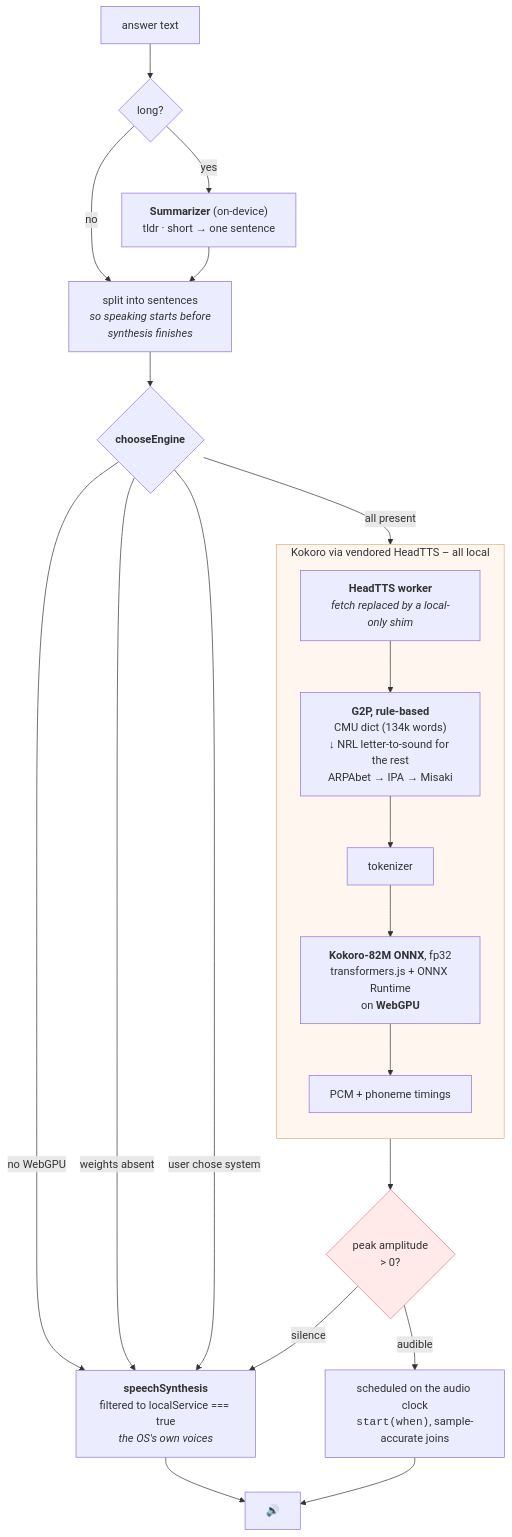
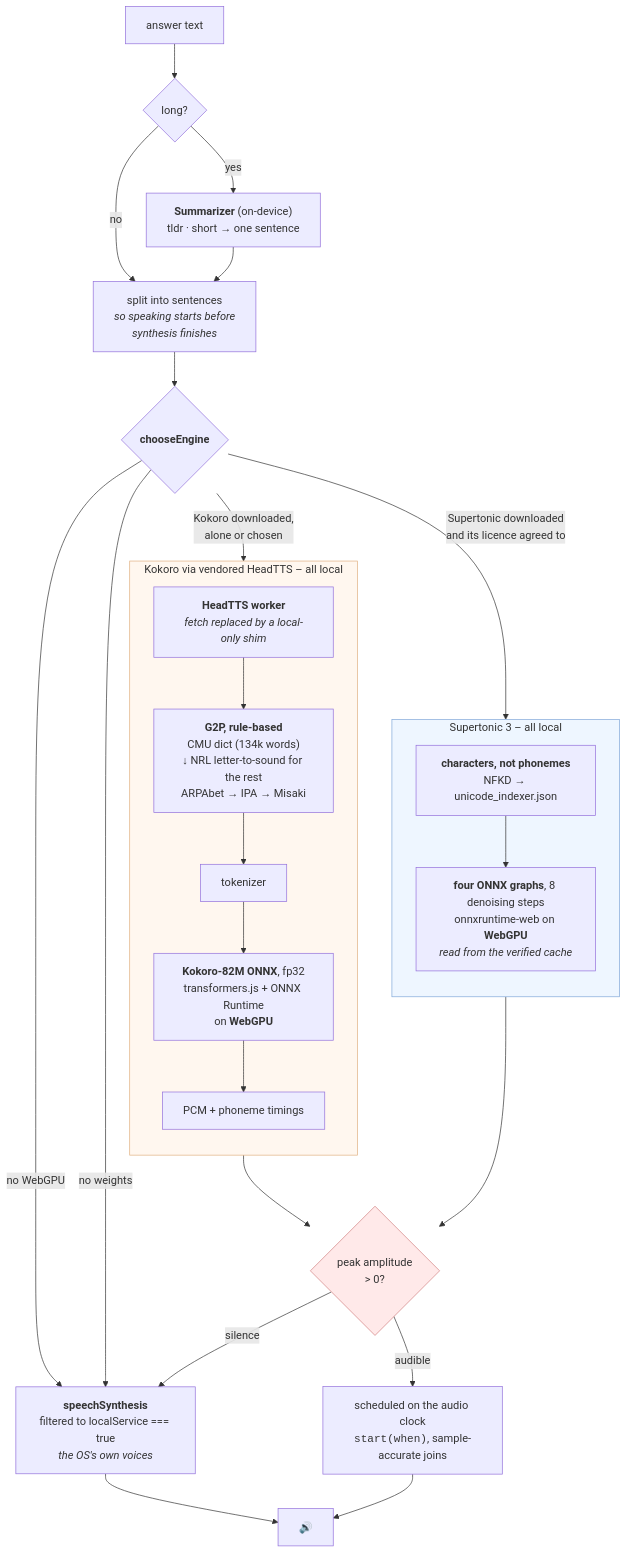
The fourth of 5 diagrams in README.md (openposse-org/openposse-extension), drawn with Mermaid before and after one commit. The commit also changed other lines of this file and 5 other files, not shown here.

````diff
--- a/README.md
+++ b/README.md
@@ -273,33 +274,42 @@
 ```mermaid
 flowchart TB
     TXT["answer text"] --> SUM{"long?"}
     SUM -->|yes| SU["<b>Summarizer</b> (on-device)<br/>tldr · short → one sentence"]
     SUM -->|no| SPLIT
     SU --> SPLIT["split into sentences<br/><i>so speaking starts before<br/>synthesis finishes</i>"]
 
     SPLIT --> GATE{"<b>chooseEngine</b>"}
     GATE -->|"no WebGPU"| SYS
-    GATE -->|"weights absent"| SYS
-    GATE -->|"user chose system"| SYS
-    GATE -->|"all present"| HT
+    GATE -->|"no weights"| SYS
+    GATE -->|"Supertonic downloaded<br/>and its licence agreed to"| UNI
+    GATE -->|"Kokoro downloaded,<br/>alone or chosen"| HT
 
     SYS["<b>speechSynthesis</b><br/>filtered to localService === true<br/><i>the OS's own voices</i>"] --> OUT
+
+    subgraph supertonic["Supertonic 3 – all local"]
+        direction TB
+        UNI["<b>characters, not phonemes</b><br/>NFKD → unicode_indexer.json"]
+        GRAPHS["<b>four ONNX graphs</b>, 8 denoising steps<br/>onnxruntime-web on <b>WebGPU</b><br/><i>read from the verified cache</i>"]
+        UNI --> GRAPHS
+    end
+    GRAPHS --> CHK
 
     subgraph kokoro["Kokoro via vendored HeadTTS – all local"]
         direction TB
         HT["<b>HeadTTS worker</b><br/><i>fetch replaced by a local-only shim</i>"]
         G2P["<b>G2P, rule-based</b><br/>CMU dict (134k words)<br/>↓ NRL letter-to-sound for the rest<br/>ARPAbet → IPA → Misaki"]
         TOK["tokenizer"]
         ONNX["<b>Kokoro-82M ONNX</b>, fp32<br/>transformers.js + ONNX Runtime<br/>on <b>WebGPU</b>"]
         PCM["PCM + phoneme timings"]
         HT --> G2P --> TOK --> ONNX --> PCM
     end
 
     PCM --> CHK{"peak amplitude<br/>> 0?"}
     CHK -->|"silence"| SYS
     CHK -->|"audible"| SCH["scheduled on the audio clock<br/><code>start(when)</code>, sample-accurate joins"]
     SCH --> OUT["🔊"]
 
+    style supertonic fill:#eef6ff,stroke:#80a8d8
     style kokoro fill:#fff7ef,stroke:#e0b080
     style CHK fill:#ffe9e9,stroke:#d08080
 ```
````
